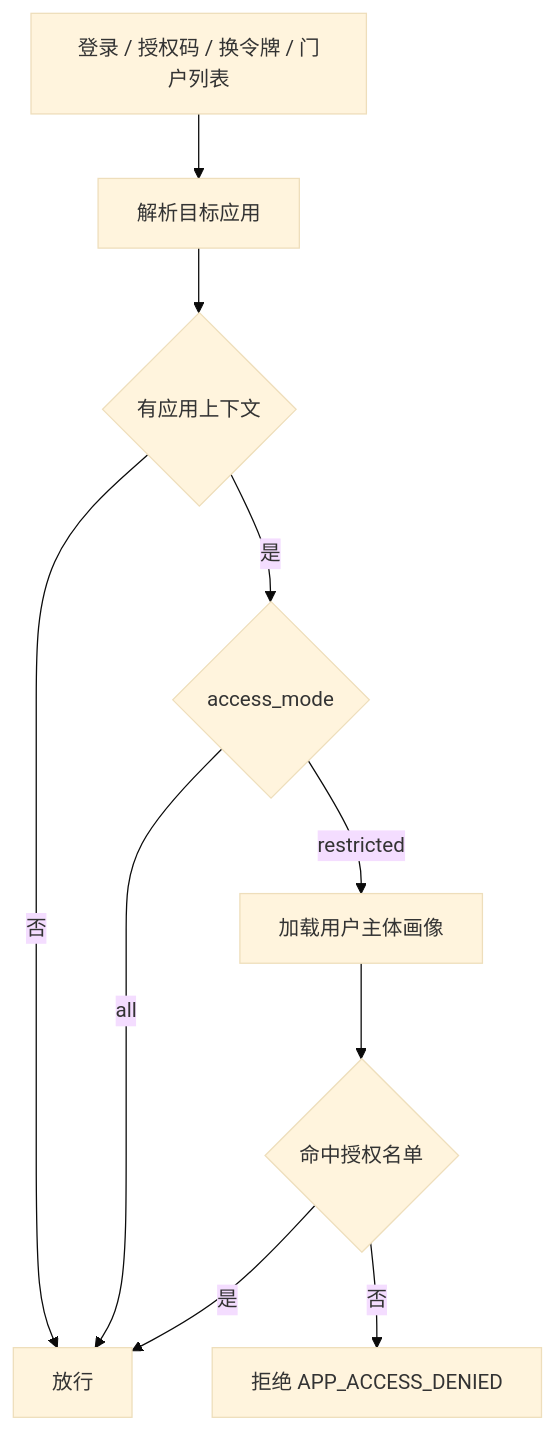
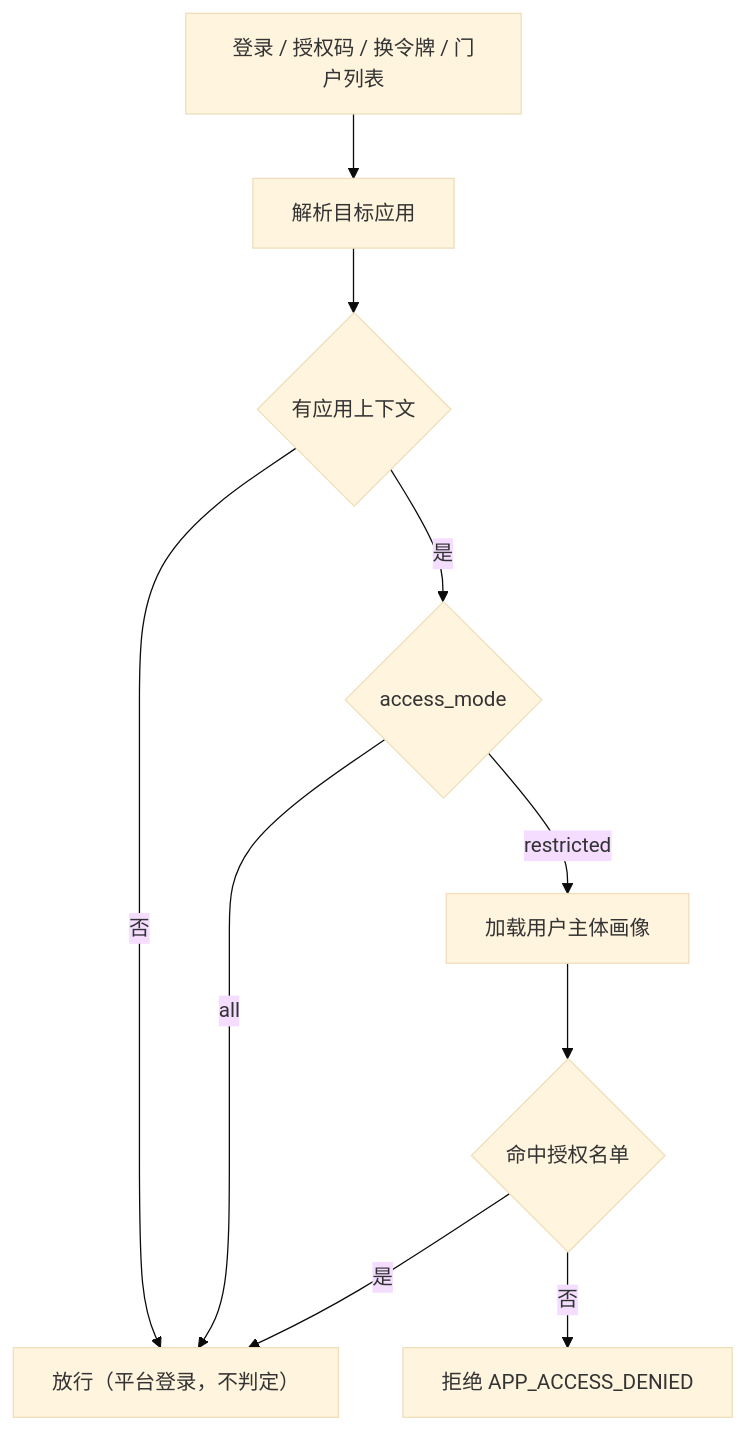
The first of 2 diagrams in docs/specs/261015-application-access-phase6.md (KalebCheng/Polaris), drawn with Mermaid (base theme) before and after one commit. The commit also changed other lines of this file and 51 other files, not shown here.

````diff
--- a/docs/specs/261015-application-access-phase6.md
+++ b/docs/specs/261015-application-access-phase6.md
@@ -164,12 +200,12 @@
 ```mermaid
 flowchart TD
     Start[登录 / 授权码 / 换令牌 / 门户列表] --> Resolve[解析目标应用]
     Resolve --> HasApp{有应用上下文}
-    HasApp -->|否| Allow[放行]
+    HasApp -->|否| Allow[放行（平台登录，不判定）]
     HasApp -->|是| Mode{access_mode}
     Mode -->|all| Allow
     Mode -->|restricted| Profile[加载用户主体画像]
     Profile --> Match{命中授权名单}
     Match -->|是| Allow
     Match -->|否| Deny[拒绝 APP_ACCESS_DENIED]
 ```
````
